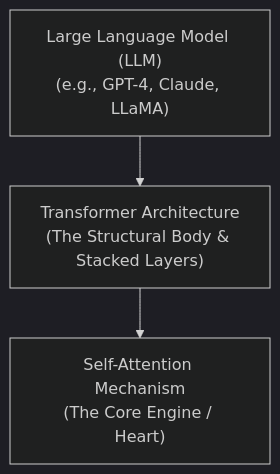
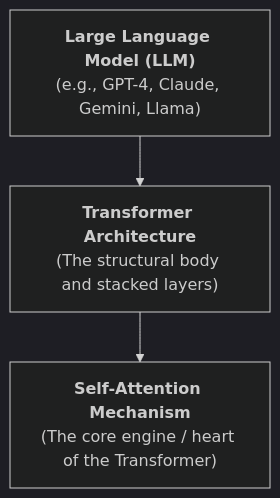
One commit to Nishant8826/theory-leaning changed the second of 5 diagrams in Nameste-AI/Season_01/05_The_Computational_Brain_of_Machines.md. Above: the diagram before and after it, drawn with Mermaid (dark theme). The commit also changed other lines of this file and 7 other files, not shown here.

````diff
--- a/Nameste-AI/Season_01/05_The_Computational_Brain_of_Machines.md
+++ b/Nameste-AI/Season_01/05_The_Computational_Brain_of_Machines.md
@@ -85,5 +116,5 @@
 ```mermaid
 flowchart TD
-    A["Large Language Model (LLM)\n(e.g., GPT-4, Claude, LLaMA)"] --> B["Transformer Architecture\n(The Structural Body & Stacked Layers)"]
-    B --> C["Self-Attention Mechanism\n(The Core Engine / Heart)"]
+    A["<b>Large Language Model (LLM)</b><br/>(e.g., GPT-4, Claude, Gemini, Llama)"] --> B["<b>Transformer Architecture</b><br/>(The structural body and stacked layers)"]
+    B --> C["<b>Self-Attention Mechanism</b><br/>(The core engine / heart of the Transformer)"]
 ```
````
